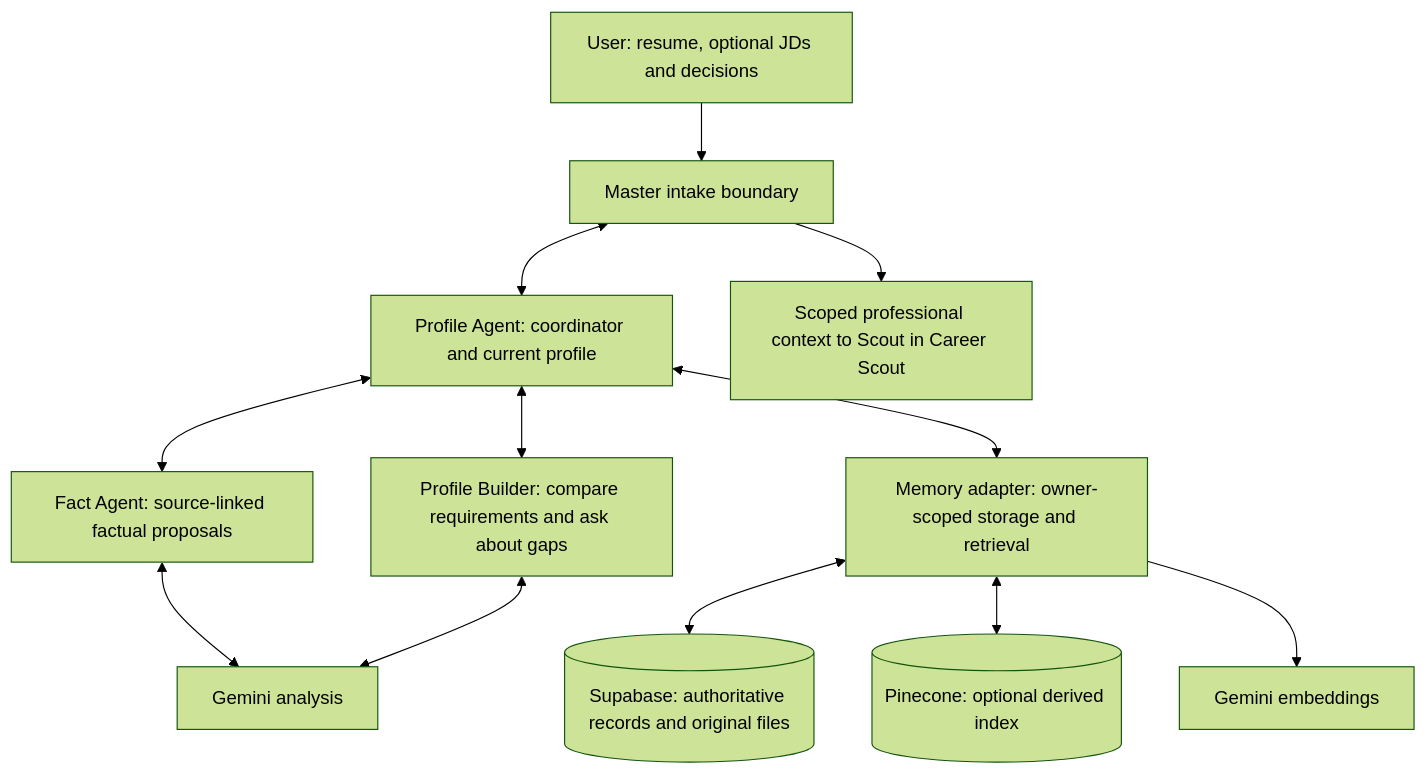
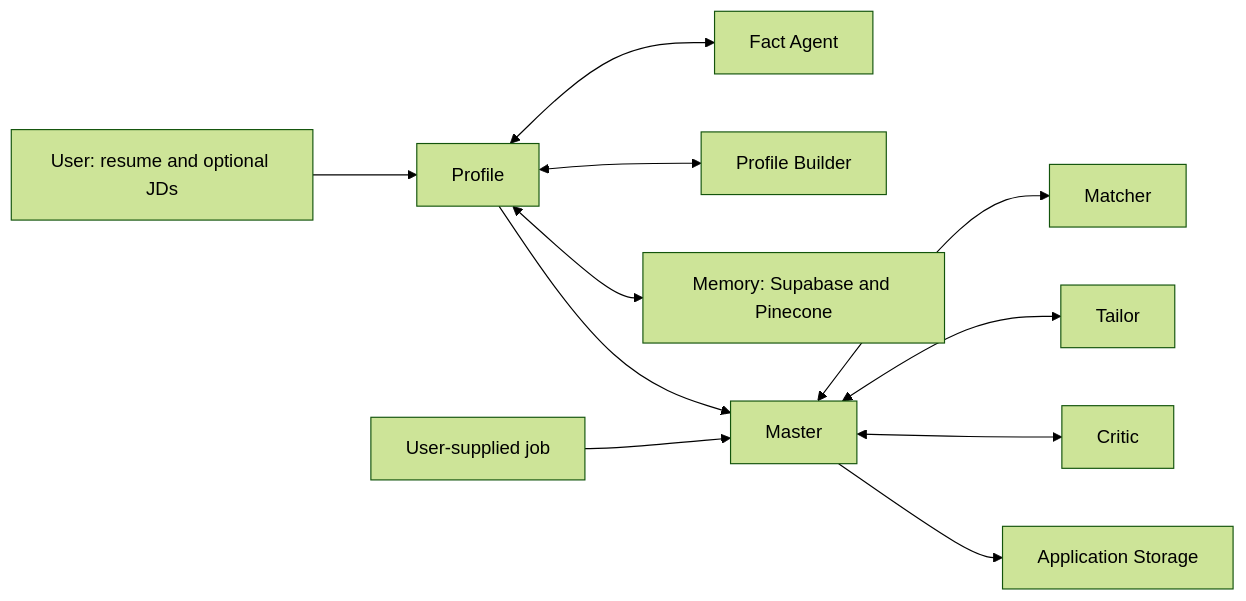
Before and after one commit to ujjwalbhateja/Career-Scout-Profile-Agent: the diagram in README.md, drawn with Mermaid (forest theme). The commit also changed other lines of this file and 325 other files, not shown here.

Commit message:
Import Career Scout app without Scout agent

````diff
--- a/README.md
+++ b/README.md
@@ -40,14 +18,13 @@
 ```mermaid
-flowchart TD
-    U["User: resume, optional JDs and decisions"] --> M["Master intake boundary"]
-    M <--> P["Profile Agent: coordinator and current profile"]
-    P <--> F["Fact Agent: source-linked factual proposals"]
-    P <--> B["Profile Builder: compare requirements and ask about gaps"]
-    P <--> R["Memory adapter: owner-scoped storage and retrieval"]
-    F <--> G["Gemini analysis"]
-    B <--> G
-    R <--> S[("Supabase: authoritative records and original files")]
-    R <--> V[("Pinecone: optional derived index")]
-    R --> E["Gemini embeddings"]
-    M --> X["Scoped professional context to Scout in Career Scout"]
+flowchart LR
+    U[User: resume and optional JDs] --> P[Profile]
+    P <--> F[Fact Agent]
+    P <--> B[Profile Builder]
+    P <--> M[Memory: Supabase and Pinecone]
+    P --> C[Master]
+    J[User-supplied job] --> C
+    C <--> X[Matcher]
+    C <--> T[Tailor]
+    C <--> R[Critic]
+    C --> S[Application Storage]
 ```
````
